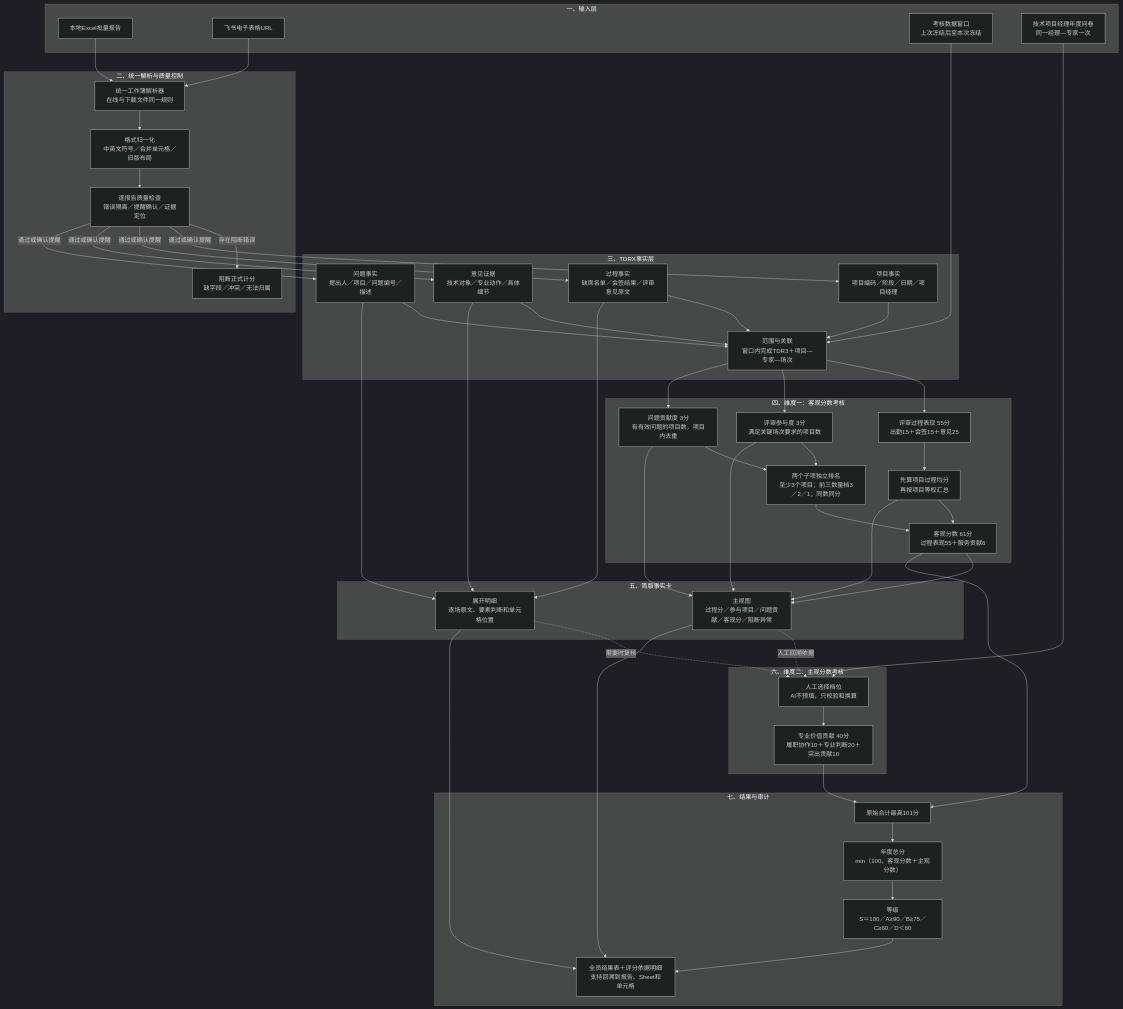
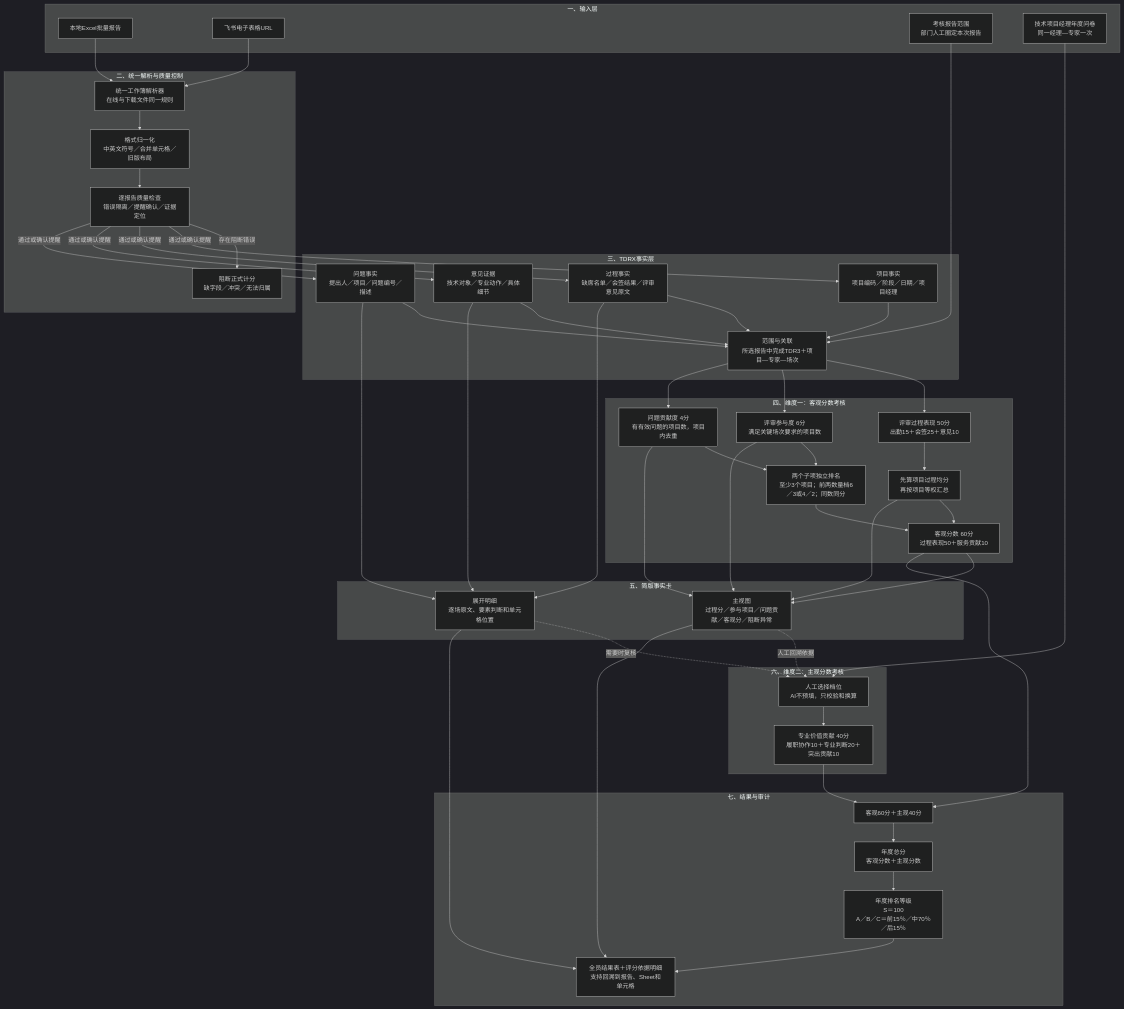
The diagram in docs/2026-08-24-scoring-system-architecture-draft-v0.1.md (alex-zhang-0504/02-project-tdt-expert-review-quality), drawn with Mermaid (dark theme) before and after one commit. The commit also changed 29 other files, not shown here.

```diff
--- a/docs/2026-08-24-scoring-system-architecture-draft-v0.1.md
+++ b/docs/2026-08-24-scoring-system-architecture-draft-v0.1.md
@@ -5,7 +5,7 @@
     subgraph I[一、输入层]
         I1[本地Excel批量报告]
         I2[飞书电子表格URL]
-        I3[考核数据窗口<br/>上次冻结后至本次冻结]
+        I3[考核报告范围<br/>部门人工圈定本次报告]
         I4[技术项目经理年度问卷<br/>同一经理—专家一次]
     end
 
@@ -21,16 +21,16 @@
         F2[过程事实<br/>缺席名单／会签结果／评审意见原文]
         F3[意见证据<br/>技术对象／专业动作／具体细节]
         F4[问题事实<br/>提出人／项目／问题编号／描述]
-        F5[范围与关联<br/>窗口内完成TDR3＋项目—专家—场次]
+        F5[范围与关联<br/>所选报告中完成TDR3＋项目—专家—场次]
     end
 
     subgraph O[四、维度一：客观分数考核]
-        O1[评审过程表现 55分<br/>出勤15＋会签15＋意见25]
+        O1[评审过程表现 50分<br/>出勤15＋会签25＋意见10]
         O2[先算项目过程均分<br/>再按项目等权汇总]
-        O3[评审参与度 3分<br/>满足关键场次要求的项目数]
-        O4[问题贡献度 3分<br/>有有效问题的项目数，项目内去重]
-        O5[两个子项独立排名<br/>至少3个项目；前三数量档3／2／1；同数同分]
-        O6[客观分数 61分<br/>过程表现55＋服务贡献6]
+        O3[评审参与度 6分<br/>满足关键场次要求的项目数]
+        O4[问题贡献度 4分<br/>有有效问题的项目数，项目内去重]
+        O5[两个子项独立排名<br/>至少3个项目；前两数量档6／3或4／2；同数同分]
+        O6[客观分数 60分<br/>过程表现50＋服务贡献10]
     end
 
     subgraph C[五、简版事实卡]
@@ -44,9 +44,9 @@
     end
 
     subgraph R[七、结果与审计]
-        R1[原始合计最高101分]
-        R2[年度总分<br/>min（100，客观分数＋主观分数）]
-        R3[等级<br/>S＝100／A≥90／B≥75／C≥60／D＜60]
+        R1[客观60分＋主观40分]
+        R2[年度总分<br/>客观分数＋主观分数]
+        R3[年度排名等级<br/>S＝100<br/>A／B／C＝前15％／中70％／后15％]
         R4[全员结果表＋评分依据明细<br/>支持回溯到报告、Sheet和单元格]
     end
 
```
